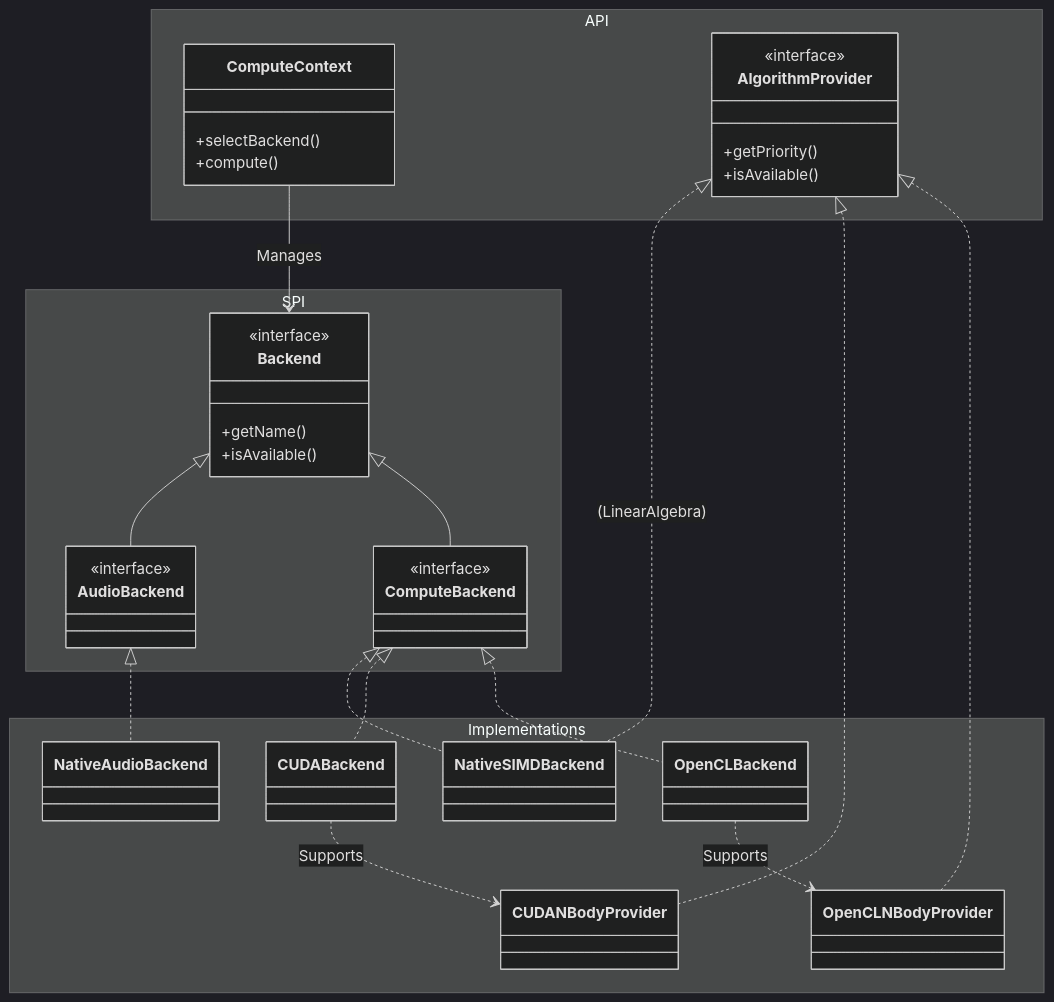
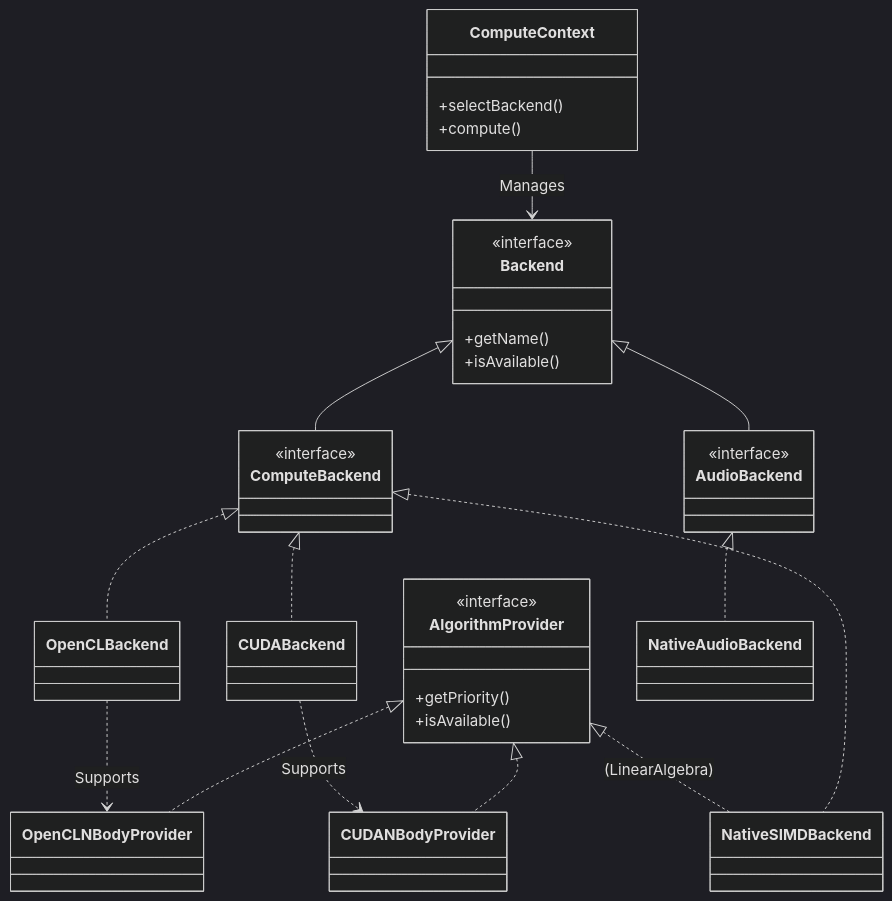
The third of 3 diagrams in docs/mermaid/README.md (Episteme-HCP/Episteme), drawn with Mermaid (dark theme) before and after one commit. The commit also changed 1 other file, not shown here.

Commit message:
docs(mermaid): fix Mermaid classDiagram syntax and add .nojekyll for GitHub Pages

````diff
--- a/docs/mermaid/README.md
+++ b/docs/mermaid/README.md
@@ -102,54 +102,46 @@
 ```mermaid
 classDiagram
-    namespace API {
-        class ComputeContext {
-            +selectBackend()
-            +compute()
-        }
-        class AlgorithmProvider {
-            <<interface>>
-            +getPriority()
-            +isAvailable()
-        }
+    class ComputeContext {
+        +selectBackend()
+        +compute()
     }
-    
-    namespace SPI {
-        class Backend {
-            <<interface>>
-            +getName()
-            +isAvailable()
-        }
-        class ComputeBackend {
-            <<interface>>
-        }
-        class AudioBackend {
-            <<interface>>
-        }
+    class AlgorithmProvider {
+        <<interface>>
+        +getPriority()
+        +isAvailable()
     }
-    
-    namespace Implementations {
-        class OpenCLBackend
-        class CUDABackend
-        class NativeSIMDBackend
-        class NativeAudioBackend
-        class OpenCLNBodyProvider
-        class CUDANBodyProvider
+    class Backend {
+        <<interface>>
+        +getName()
+        +isAvailable()
     }
+    class ComputeBackend {
+        <<interface>>
+    }
+    class AudioBackend {
+        <<interface>>
+    }
+    class OpenCLBackend
+    class CUDABackend
+    class NativeSIMDBackend
+    class NativeAudioBackend
+    class OpenCLNBodyProvider
+    class CUDANBodyProvider
     
     ComputeContext --> Backend : Manages
     Backend <|-- ComputeBackend
     Backend <|-- AudioBackend
     
     ComputeBackend <|.. OpenCLBackend
     ComputeBackend <|.. CUDABackend
     ComputeBackend <|.. NativeSIMDBackend
     
     AudioBackend <|.. NativeAudioBackend
     
     AlgorithmProvider <|.. OpenCLNBodyProvider
     AlgorithmProvider <|.. CUDANBodyProvider
     AlgorithmProvider <|.. NativeSIMDBackend : (LinearAlgebra)
     
     OpenCLBackend ..> OpenCLNBodyProvider : Supports
     CUDABackend ..> CUDANBodyProvider : Supports
 ```
````
